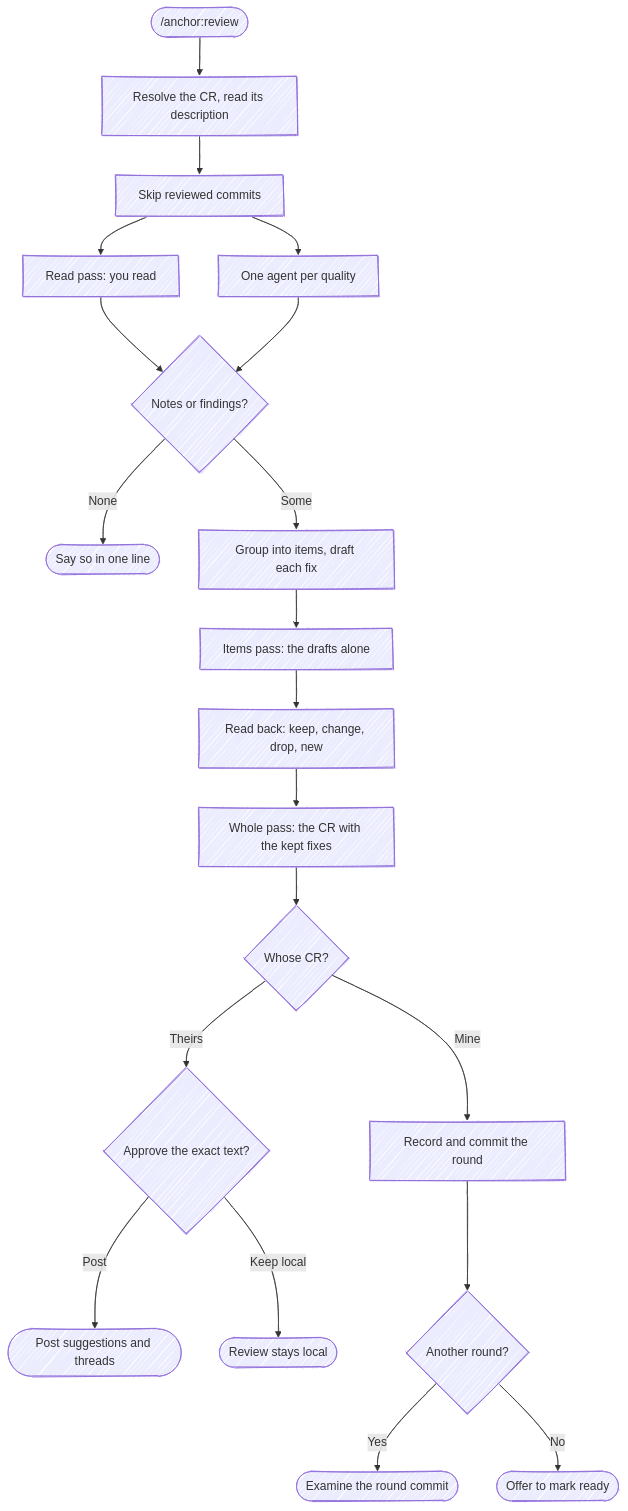
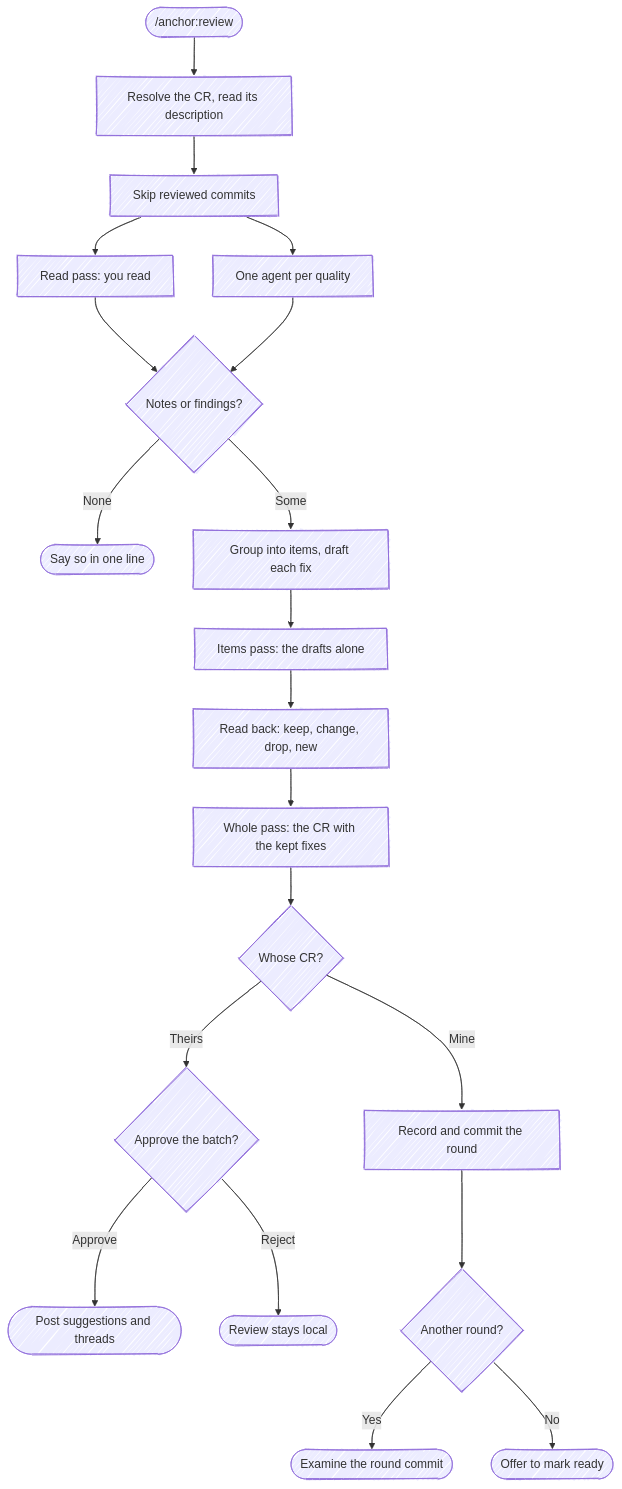
One commit to chris-peterson/anchor changed the diagram in skills/review/SKILL.md. Above: the diagram before and after it, drawn with Mermaid. The commit also changed other lines of this file and 30 other files, not shown here.

````diff
--- a/skills/review/SKILL.md
+++ b/skills/review/SKILL.md
@@ -64,23 +82,23 @@
 ```mermaid
 %%{ init: { 'look': 'handDrawn' } }%%
 flowchart TD
     Start(["/anchor:review"]) --> Fetch["Resolve the CR, read its description"]
     Fetch --> Range["Skip reviewed commits"]
     Range --> ReadPass["Read pass: you read"]
     Range --> Examine["One agent per quality"]
     ReadPass --> Any{Notes or findings?}
     Examine --> Any
     Any -->|None| Empty([Say so in one line])
     Any -->|Some| Triage["Group into items, draft each fix"]
     Triage --> Items["Items pass: the drafts alone"]
     Items --> Read["Read back: keep, change, drop, new"]
     Read --> Whole["Whole pass: the CR with the kept fixes"]
     Whole --> Who{Whose CR?}
-    Who -->|Theirs| Gate{Approve the exact text?}
-    Gate -->|Post| Post([Post suggestions and threads])
-    Gate -->|Keep local| Local([Review stays local])
+    Who -->|Theirs| Gate{Approve the batch?}
+    Gate -->|Approve| Post([Post suggestions and threads])
+    Gate -->|Reject| Local([Review stays local])
     Who -->|Mine| Commit["Record and commit the round"]
     Commit --> Again{Another round?}
     Again -->|Yes| Next([Examine the round commit])
     Again -->|No| Handoff([Offer to mark ready])
 ```
````
